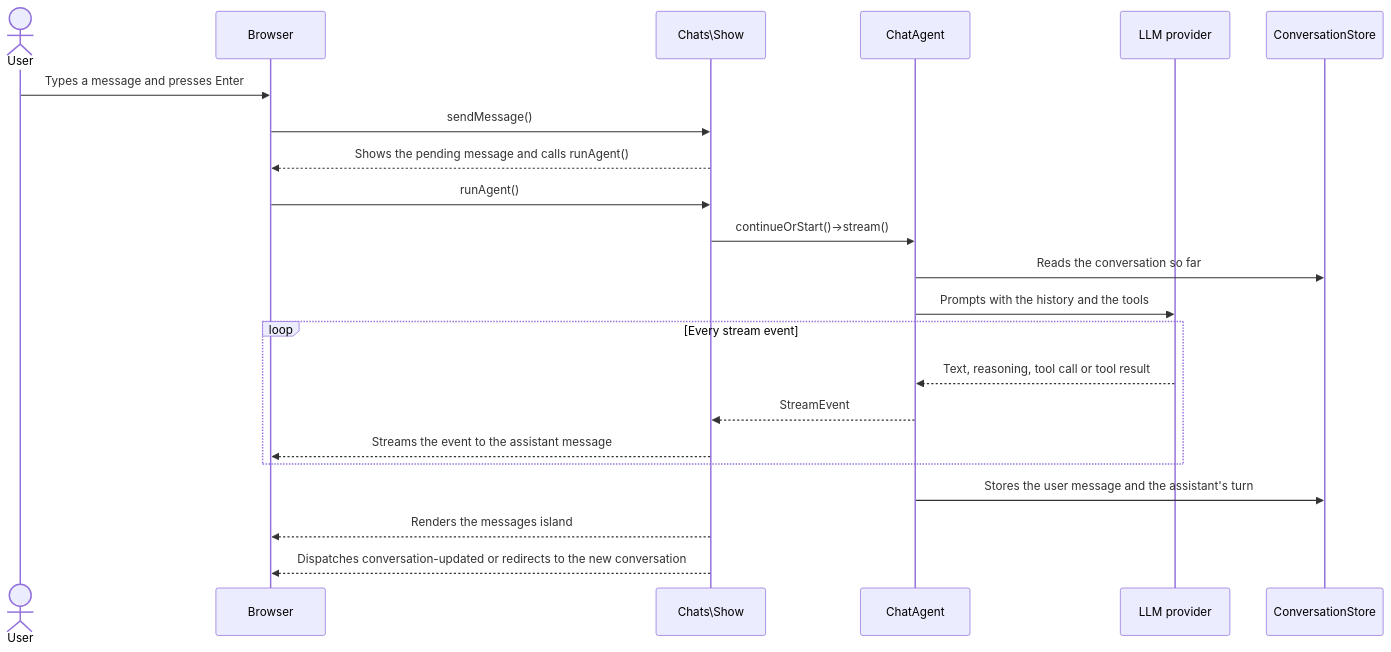
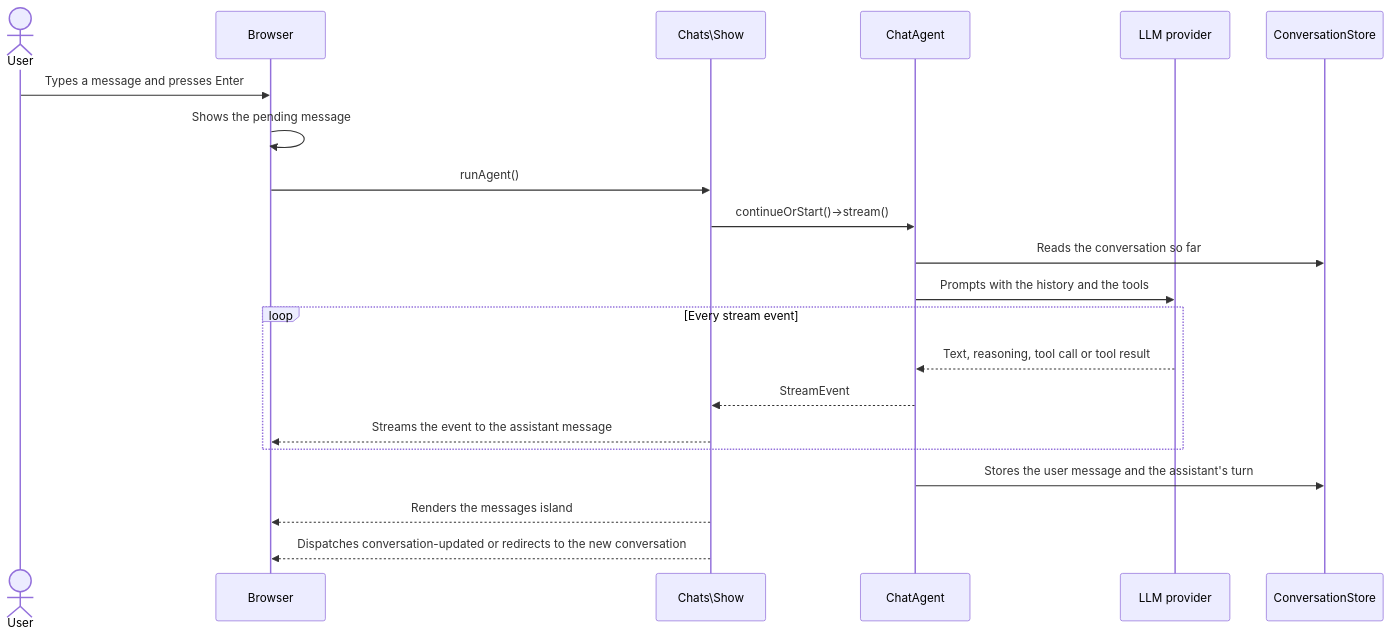
Before and after one commit to kauffinger/livewire-chat: the third of 4 diagrams in README.md, drawn with Mermaid. The commit also changed other lines of this file and 8 other files, not shown here.

First line of the commit message:
refactor: show the pending message without a round trip

````diff
--- a/README.md
+++ b/README.md
@@ -244,27 +244,26 @@
 ```mermaid
 sequenceDiagram
     actor User
     participant Browser
     participant Show as Chats\Show
     participant Agent as ChatAgent
     participant Provider as LLM provider
     participant Store as ConversationStore
 
     User->>Browser: Types a message and presses Enter
-    Browser->>Show: sendMessage()
-    Show-->>Browser: Shows the pending message and calls runAgent()
+    Browser->>Browser: Shows the pending message
     Browser->>Show: runAgent()
     Show->>Agent: continueOrStart()->stream()
     Agent->>Store: Reads the conversation so far
     Agent->>Provider: Prompts with the history and the tools
 
     loop Every stream event
         Provider-->>Agent: Text, reasoning, tool call or tool result
         Agent-->>Show: StreamEvent
         Show-->>Browser: Streams the event to the assistant message
     end
 
     Agent->>Store: Stores the user message and the assistant's turn
     Show-->>Browser: Renders the messages island
     Show-->>Browser: Dispatches conversation-updated or redirects to the new conversation
 ```
````
